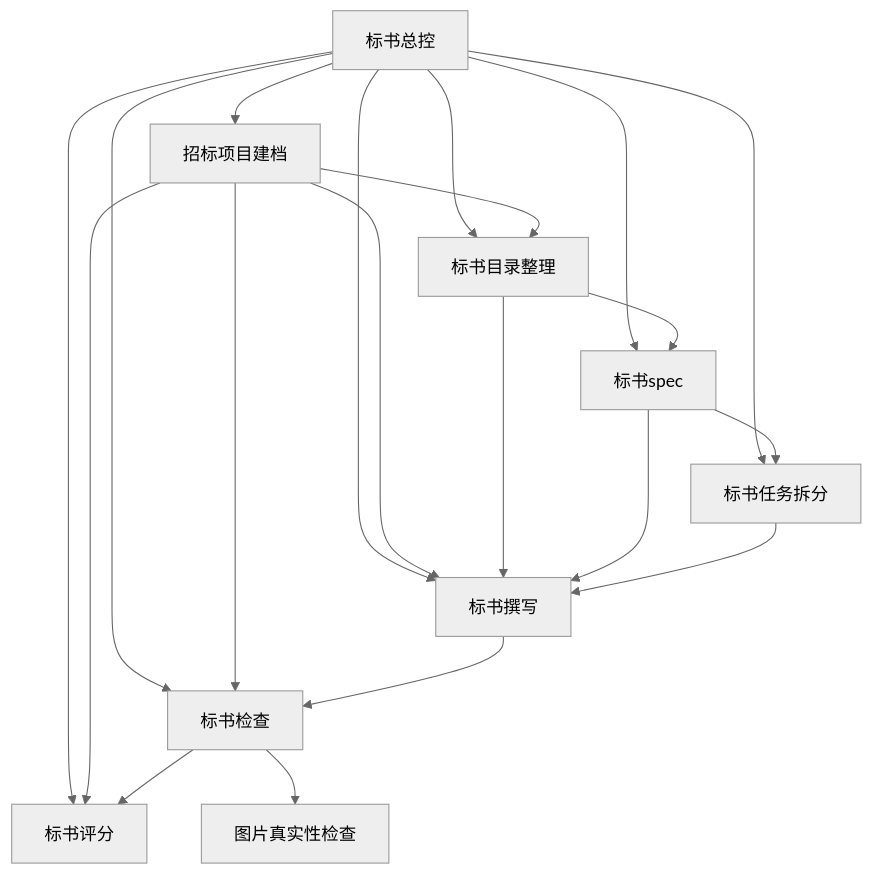
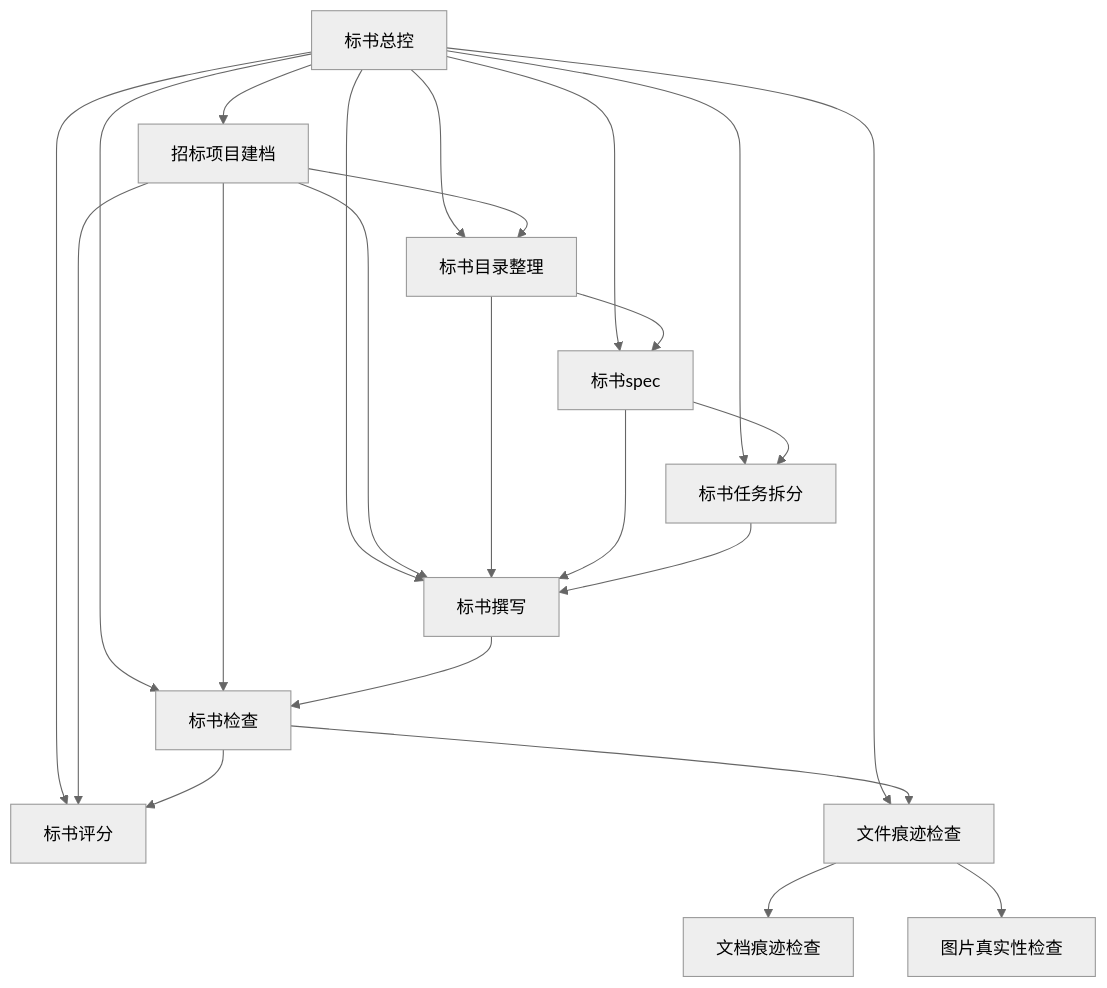
One commit to monaChoy/BidCoPilotSkills changed the diagram in README.md. Above: the diagram before and after it, drawn with Mermaid (neutral theme). The commit also changed other lines of this file and 18 other files, not shown here.

````diff
--- a/README.md
+++ b/README.md
@@ -55,32 +55,37 @@
 ```mermaid
 flowchart TD
     O["标书总控"]
     A["招标项目建档"]
     B["标书目录整理"]
     C["标书spec"]
     D["标书任务拆分"]
     E["标书撰写"]
     F["标书检查"]
     G["标书评分"]
+    T["文件痕迹检查"]
+    U["文档痕迹检查"]
     H["图片真实性检查"]
 
     O --> A
     O --> B
     O --> C
     O --> D
     O --> E
     O --> F
     O --> G
+    O --> T
     A --> B
     A --> E
     A --> F
     A --> G
     B --> C
     B --> E
     C --> D
     C --> E
     D --> E
     E --> F
     F --> G
-    F --> H
+    F --> T
+    T --> U
+    T --> H
 ```
````
